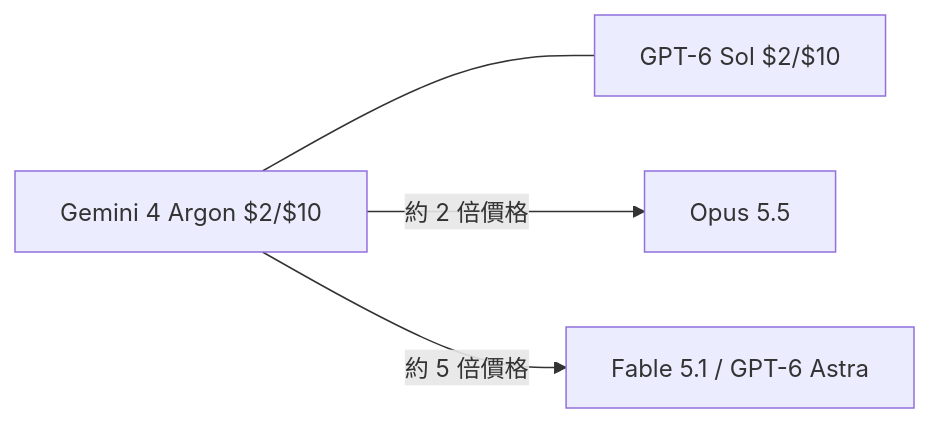
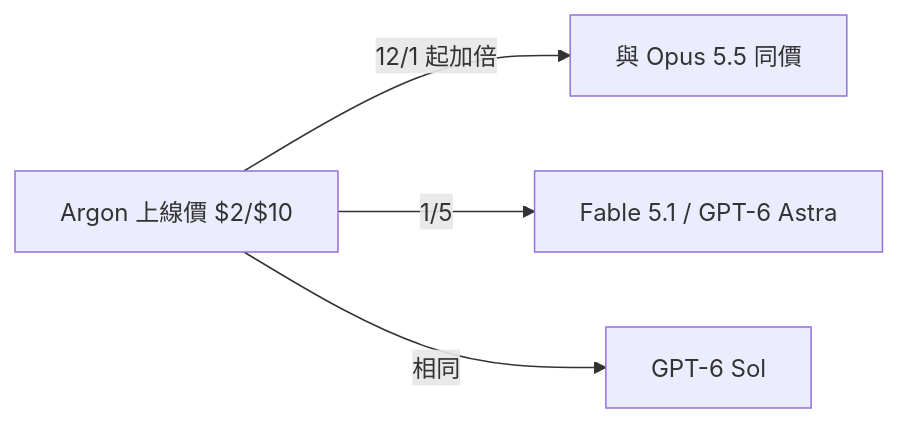
One commit to nick0916/ai-daily-content changed the diagram in 20-daily/2026-10-18.md. Above: the diagram before and after it, drawn with Mermaid. The commit also changed other lines of this file and 15 other files, not shown here.

````diff
--- a/20-daily/2026-10-18.md
+++ b/20-daily/2026-10-18.md
@@ -25,6 +33,6 @@
 ```mermaid
 flowchart LR
-  A["Gemini 4 Argon $2/$10"] --- B["GPT-6 Sol $2/$10"]
-  A -->|"約 2 倍價格"| C["Opus 5.5"]
-  A -->|"約 5 倍價格"| D["Fable 5.1 / GPT-6 Astra"]
+  A["Argon 上線價 $2/$10"] -->|"12/1 起加倍"| B["與 Opus 5.5 同價"]
+  A -->|"1/5"| C["Fable 5.1 / GPT-6 Astra"]
+  A -->|"相同"| D["GPT-6 Sol"]
 ```
````
